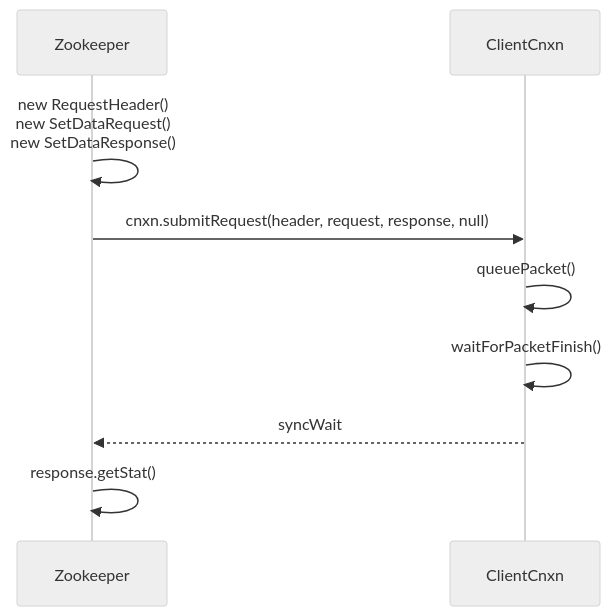
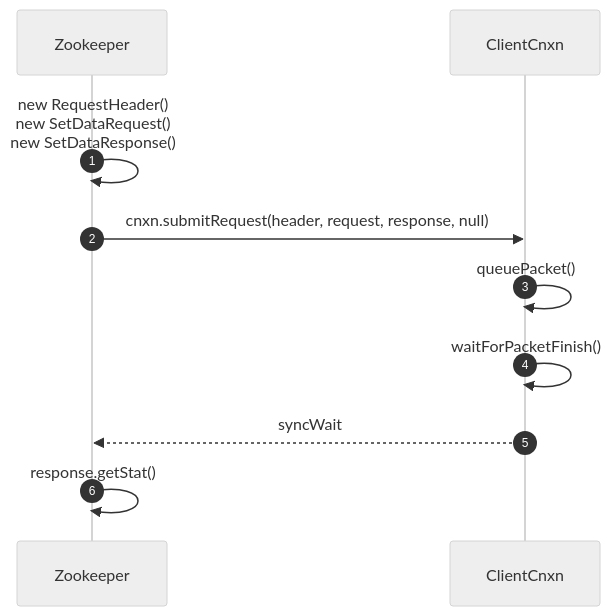
The first of 9 diagrams in work-2-02/分析 Zookeeper 设置数据操作(SetData) 的处理流程.md (liqi19950722/Work), drawn with Mermaid (neutral theme) before and after one commit. The commit also changed other lines of this file, not shown here.

Commit message:
Zookeeper Server SetData

````diff
--- a/work-2-02/分析 Zookeeper 设置数据操作(SetData) 的处理流程.md
+++ b/work-2-02/分析 Zookeeper 设置数据操作(SetData) 的处理流程.md
@@ -44,11 +44,10 @@
 ```mermaid
 sequenceDiagram
-
-Zookeeper ->> Zookeeper: new RequestHeader()<br/> new SetDataRequest()<br/> new SetDataResponse();
-Zookeeper ->> ClientCnxn: cnxn.submitRequest(header, request, response, null)
-ClientCnxn ->> ClientCnxn: queuePacket();
-ClientCnxn ->> ClientCnxn: waitForPacketFinish();
-ClientCnxn -->> Zookeeper: syncWait
-Zookeeper ->> Zookeeper: response.getStat();
-
+    autonumber
+    Zookeeper ->> Zookeeper: new RequestHeader()<br/> new SetDataRequest()<br/> new SetDataResponse();
+    Zookeeper ->> ClientCnxn: cnxn.submitRequest(header, request, response, null)
+    ClientCnxn ->> ClientCnxn: queuePacket();
+    ClientCnxn ->> ClientCnxn: waitForPacketFinish();
+    ClientCnxn -->> Zookeeper: syncWait
+    Zookeeper ->> Zookeeper: response.getStat();
 ```
````
